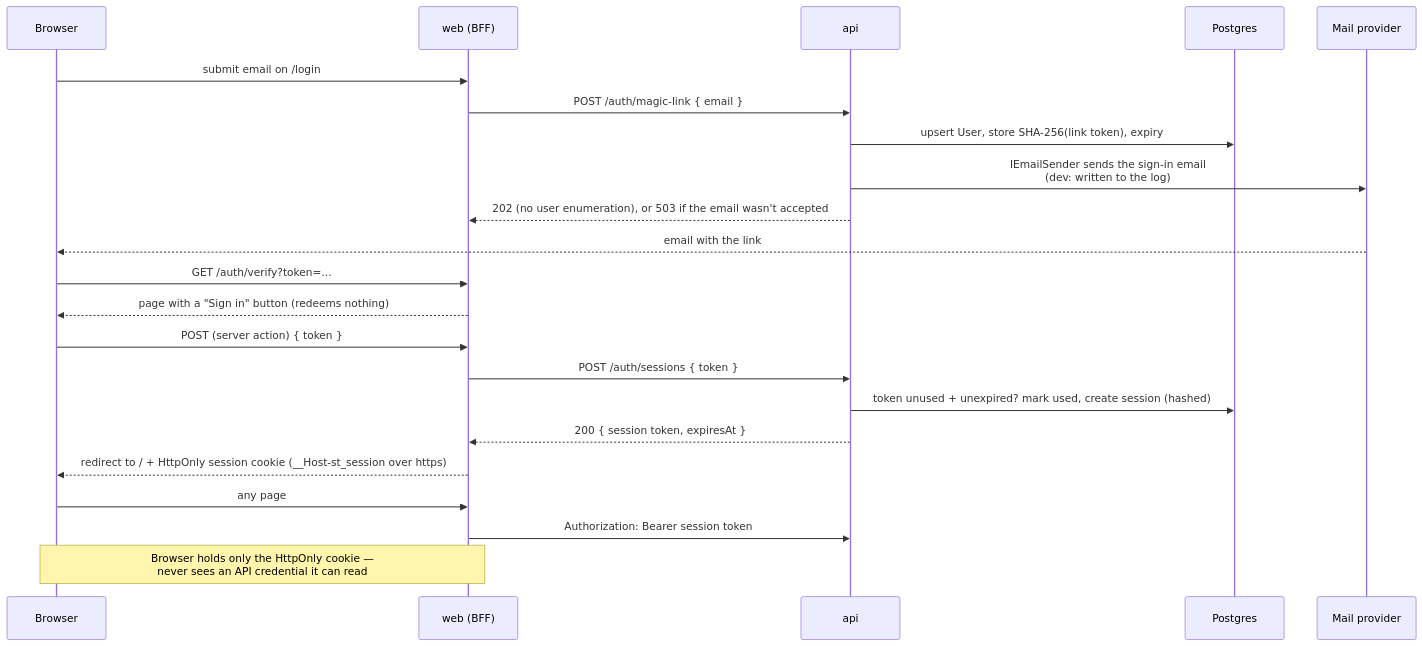
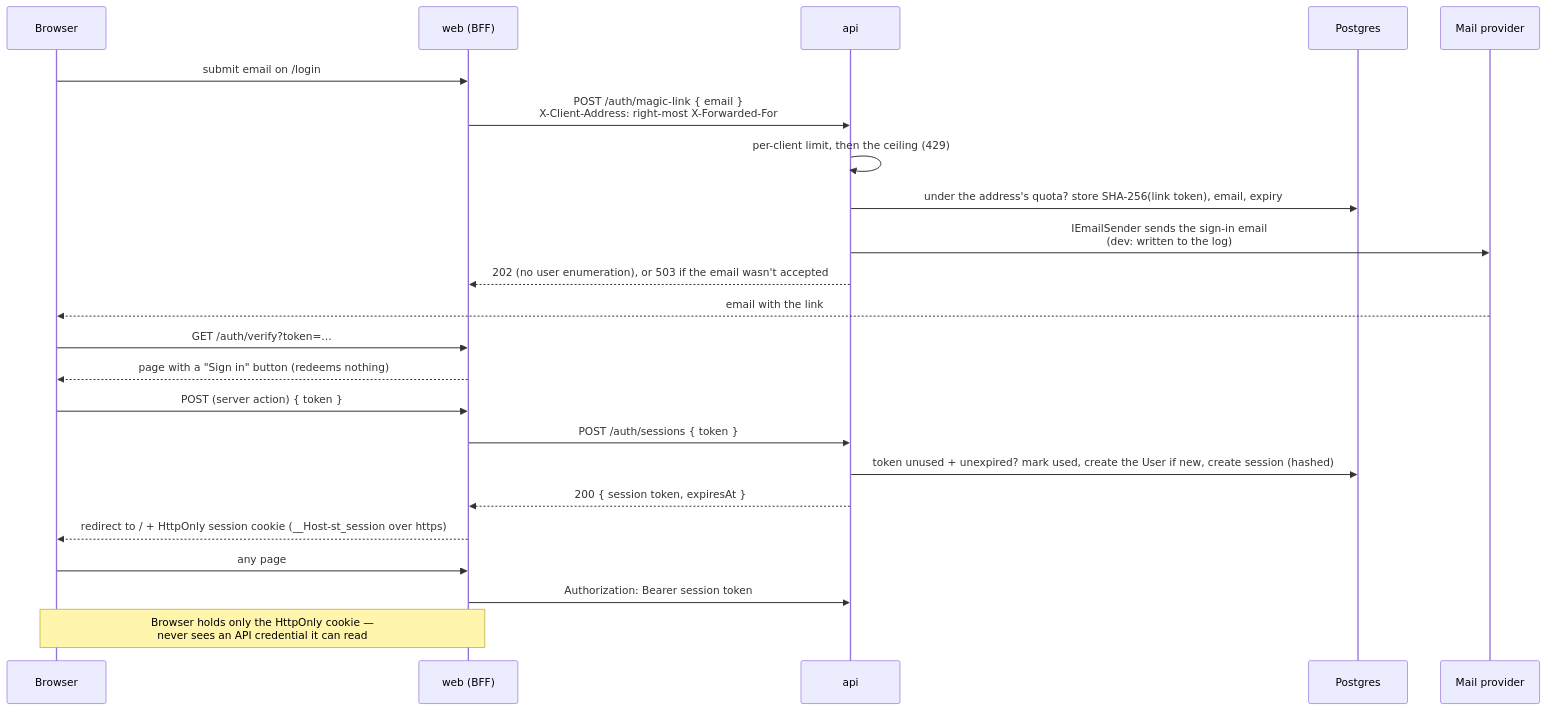
One commit to l1em1on1/social-tennis changed the third of 11 diagrams in docs/architecture.md. Above: the diagram before and after it, drawn with Mermaid. The commit also changed other lines of this file and 23 other files, not shown here.

````diff
--- a/docs/architecture.md
+++ b/docs/architecture.md
@@ -52,25 +52,26 @@
 ```mermaid
 sequenceDiagram
     participant B as Browser
     participant W as web (BFF)
     participant A as api
     participant P as Postgres
     participant M as Mail provider
 
     B->>W: submit email on /login
-    W->>A: POST /auth/magic-link { email }
-    A->>P: upsert User, store SHA-256(link token), expiry
+    W->>A: POST /auth/magic-link { email }<br/>X-Client-Address: right-most X-Forwarded-For
+    A->>A: per-client limit, then the ceiling (429)
+    A->>P: under the address's quota? store SHA-256(link token), email, expiry
     A->>M: IEmailSender sends the sign-in email<br/>(dev: written to the log)
     A-->>W: 202 (no user enumeration), or 503 if the email wasn't accepted
     M-->>B: email with the link
     B->>W: GET /auth/verify?token=…
     W-->>B: page with a "Sign in" button (redeems nothing)
     B->>W: POST (server action) { token }
     W->>A: POST /auth/sessions { token }
-    A->>P: token unused + unexpired? mark used, create session (hashed)
+    A->>P: token unused + unexpired? mark used, create the User if new, create session (hashed)
     A-->>W: 200 { session token, expiresAt }
     W-->>B: redirect to / + HttpOnly session cookie (__Host-st_session over https)
     B->>W: any page
     W->>A: Authorization: Bearer session token
     Note over B,W: Browser holds only the HttpOnly cookie —<br/>never sees an API credential it can read
 ```
````
